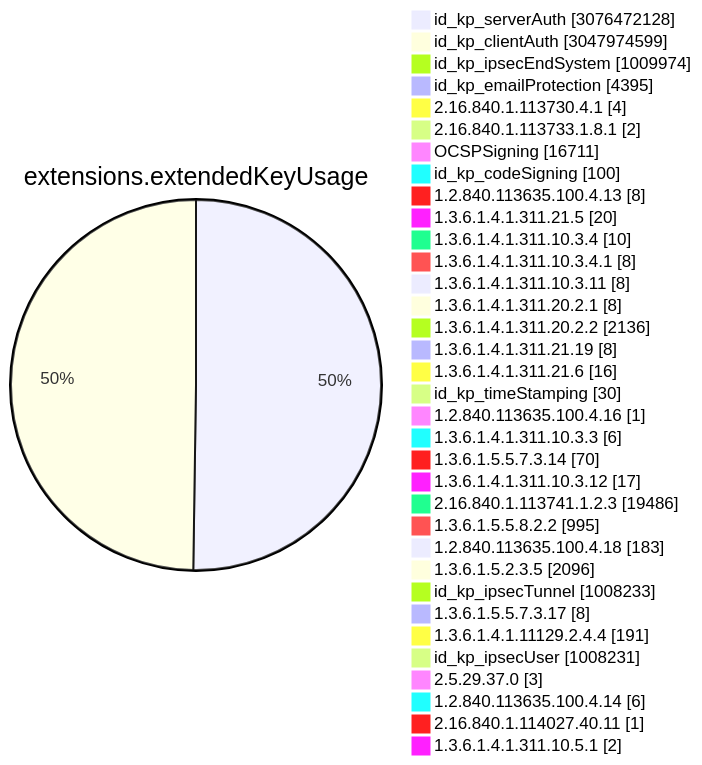
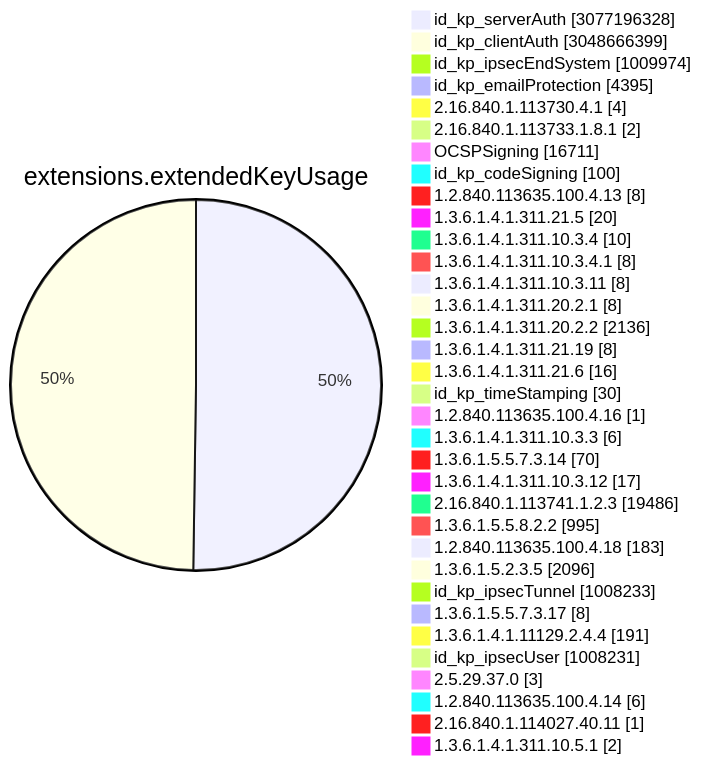
One commit to christiankrug/ctmonitor_visualization changed diagram 11 of 15 in TOTAL/README.md. Above: the diagram before and after it, drawn with Mermaid. The commit also changed other lines of this file, not shown here.

````diff
--- a/TOTAL/README.md
+++ b/TOTAL/README.md
@@ -4119,38 +4119,38 @@
 ```mermaid
 pie showData
 title extensions.extendedKeyUsage
-"id_kp_serverAuth" :3076472128
-"id_kp_clientAuth" :3047974599
+"id_kp_serverAuth" :3077196328
+"id_kp_clientAuth" :3048666399
 "id_kp_ipsecEndSystem" :1009974
 "id_kp_emailProtection" :4395
 "2.16.840.1.113730.4.1" :4
 "2.16.840.1.113733.1.8.1" :2
 "OCSPSigning" :16711
 "id_kp_codeSigning" :100
 "1.2.840.113635.100.4.13" :8
 "1.3.6.1.4.1.311.21.5" :20
 "1.3.6.1.4.1.311.10.3.4" :10
 "1.3.6.1.4.1.311.10.3.4.1" :8
 "1.3.6.1.4.1.311.10.3.11" :8
 "1.3.6.1.4.1.311.20.2.1" :8
 "1.3.6.1.4.1.311.20.2.2" :2136
 "1.3.6.1.4.1.311.21.19" :8
 "1.3.6.1.4.1.311.21.6" :16
 "id_kp_timeStamping" :30
 "1.2.840.113635.100.4.16" :1
 "1.3.6.1.4.1.311.10.3.3" :6
 "1.3.6.1.5.5.7.3.14" :70
 "1.3.6.1.4.1.311.10.3.12" :17
 "2.16.840.1.113741.1.2.3" :19486
 "1.3.6.1.5.5.8.2.2" :995
 "1.2.840.113635.100.4.18" :183
 "1.3.6.1.5.2.3.5" :2096
 "id_kp_ipsecTunnel" :1008233
 "1.3.6.1.5.5.7.3.17" :8
 "1.3.6.1.4.1.11129.2.4.4" :191
 "id_kp_ipsecUser" :1008231
 "2.5.29.37.0" :3
 "1.2.840.113635.100.4.14" :6
 "2.16.840.1.114027.40.11" :1
 "1.3.6.1.4.1.311.10.5.1" :2
 ```
````
